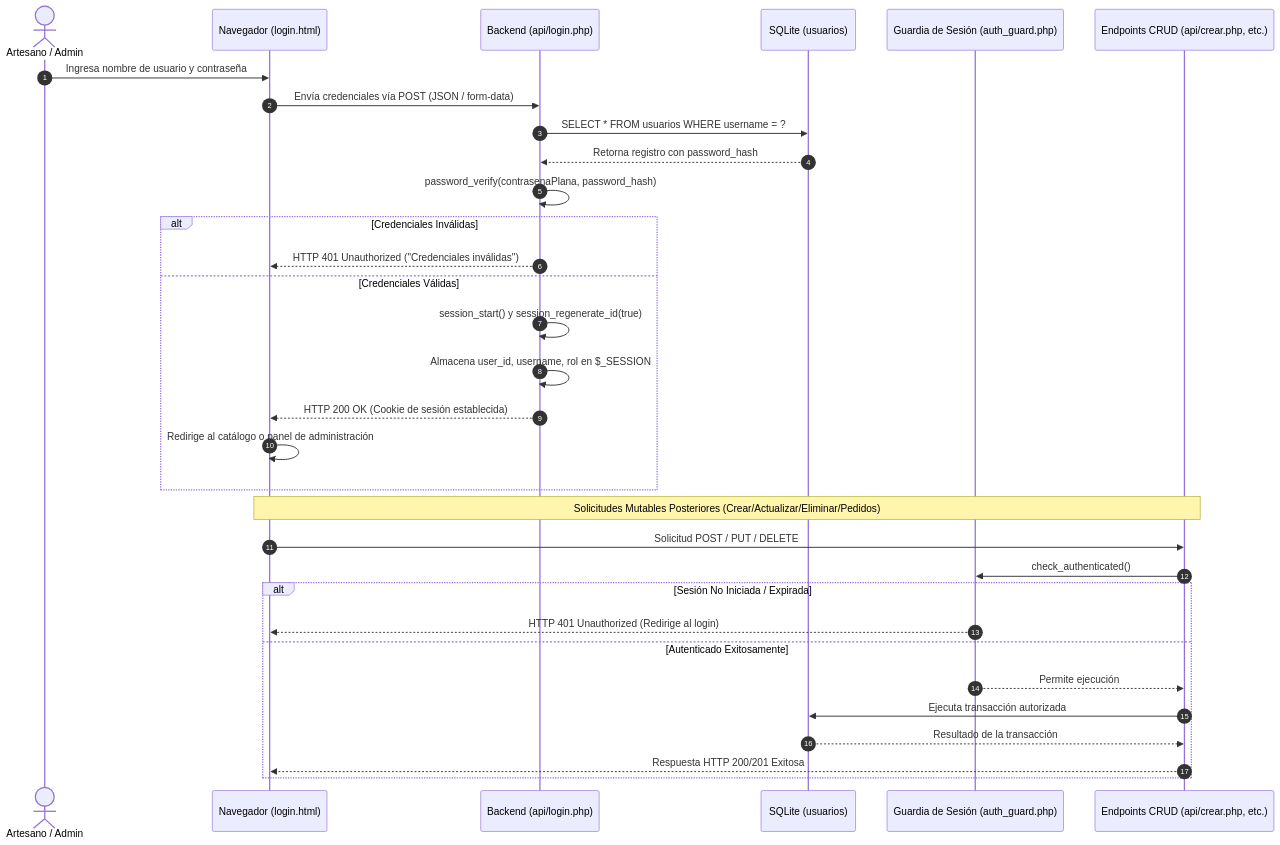
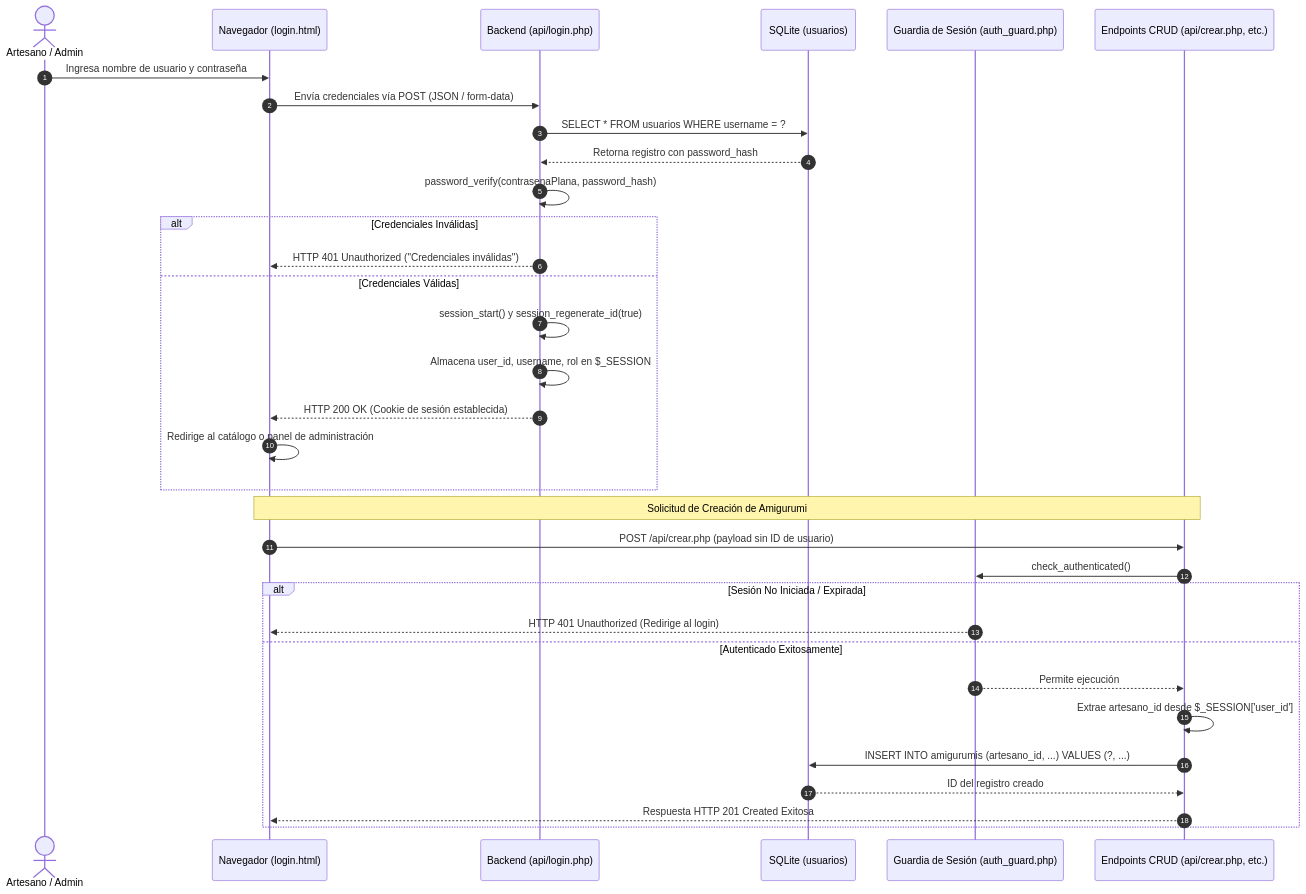
One commit to AngelKero/amigurumi-manager changed the diagram in docs/auth-flow.es.md. Above: the diagram before and after it, drawn with Mermaid. The commit also changed other lines of this file and 4 other files, not shown here.

Commit message:
feat: implement secure artisan attribution by binding creation requests to session user IDs and update project documentation.

````diff
--- a/docs/auth-flow.es.md
+++ b/docs/auth-flow.es.md
@@ -9,36 +9,37 @@
 ```mermaid
 sequenceDiagram
     autonumber
     actor Usuario as Artesano / Admin
     participant UI as Navegador (login.html)
     participant Auth as Backend (api/login.php)
     participant DB as SQLite (usuarios)
     participant Guard as Guardia de Sesión (auth_guard.php)
     participant API as Endpoints CRUD (api/crear.php, etc.)
 
     Usuario->>UI: Ingresa nombre de usuario y contraseña
     UI->>Auth: Envía credenciales vía POST (JSON / form-data)
     Auth->>DB: SELECT * FROM usuarios WHERE username = ?
     DB-->>Auth: Retorna registro con password_hash
     Auth->>Auth: password_verify(contrasenaPlana, password_hash)
     alt Credenciales Inválidas
         Auth-->>UI: HTTP 401 Unauthorized ("Credenciales inválidas")
     else Credenciales Válidas
         Auth->>Auth: session_start() y session_regenerate_id(true)
         Auth->>Auth: Almacena user_id, username, rol en $_SESSION
         Auth-->>UI: HTTP 200 OK (Cookie de sesión establecida)
         UI->>UI: Redirige al catálogo o panel de administración
     end
 
-    Note over UI,API: Solicitudes Mutables Posteriores (Crear/Actualizar/Eliminar/Pedidos)
-    UI->>API: Solicitud POST / PUT / DELETE
+    Note over UI,API: Solicitud de Creación de Amigurumi
+    UI->>API: POST /api/crear.php (payload sin ID de usuario)
     API->>Guard: check_authenticated()
     alt Sesión No Iniciada / Expirada
         Guard-->>UI: HTTP 401 Unauthorized (Redirige al login)
     else Autenticado Exitosamente
         Guard-->>API: Permite ejecución
-        API->>DB: Ejecuta transacción autorizada
-        DB-->>API: Resultado de la transacción
-        API-->>UI: Respuesta HTTP 200/201 Exitosa
+        API->>API: Extrae artesano_id desde $_SESSION['user_id']
+        API->>DB: INSERT INTO amigurumis (artesano_id, ...) VALUES (?, ...)
+        DB-->>API: ID del registro creado
+        API-->>UI: Respuesta HTTP 201 Created Exitosa
     end
 ```
````
